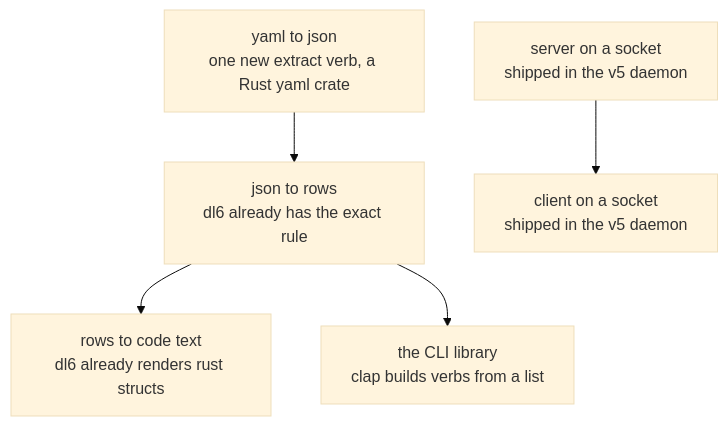
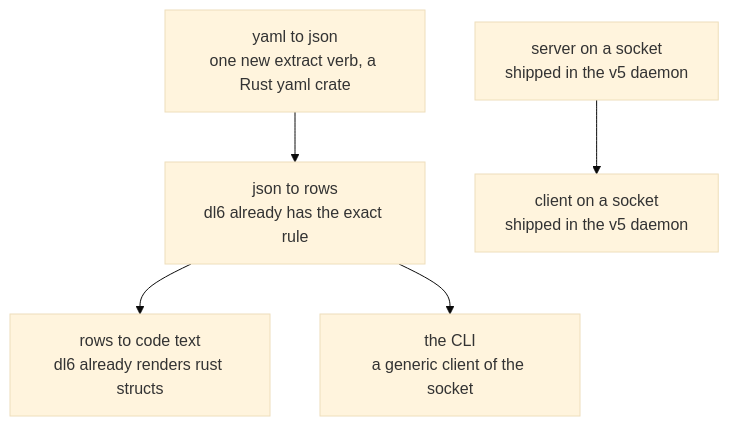
The third of 5 diagrams in plans/2026-08-17-openapi-clap-uds.PLAN.visual.human.unga.md (hafley66/sprefa), drawn with Mermaid (base theme) before and after one commit. The commit also changed other lines of this file, not shown here.

````diff
--- a/plans/2026-08-17-openapi-clap-uds.PLAN.visual.human.unga.md
+++ b/plans/2026-08-17-openapi-clap-uds.PLAN.visual.human.unga.md
@@ -46,12 +46,12 @@
 ```mermaid
 flowchart TD
   A["yaml to json<br/>one new extract verb, a Rust yaml crate"]
   B["json to rows<br/>dl6 already has the exact rule"]
   C["rows to code text<br/>dl6 already renders rust structs"]
   D["server on a socket<br/>shipped in the v5 daemon"]
   E["client on a socket<br/>shipped in the v5 daemon"]
-  F["the CLI library<br/>clap builds verbs from a list"]
+  F["the CLI<br/>a generic client of the socket"]
   A --> B --> C
   B --> F
   D --> E
 ```
````
